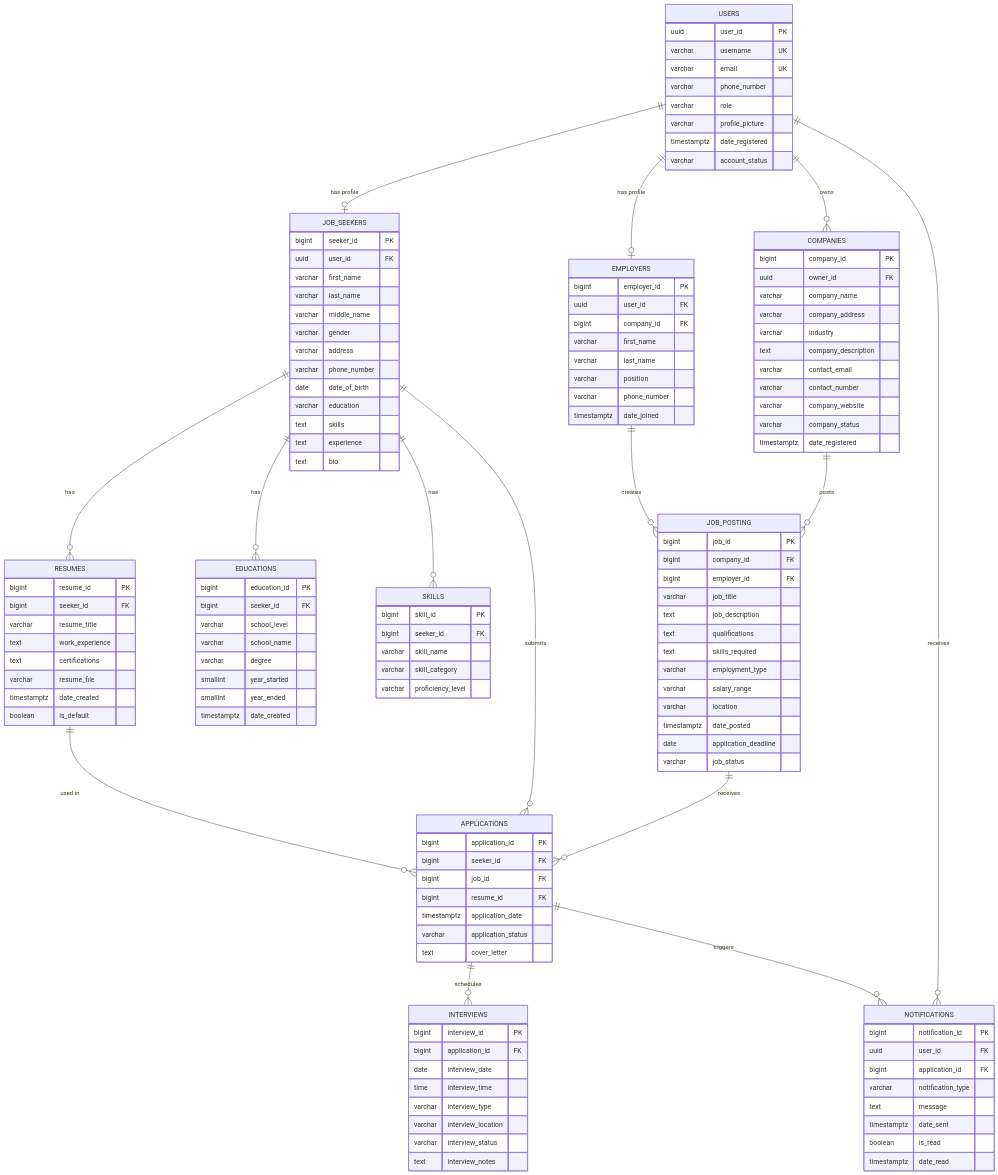
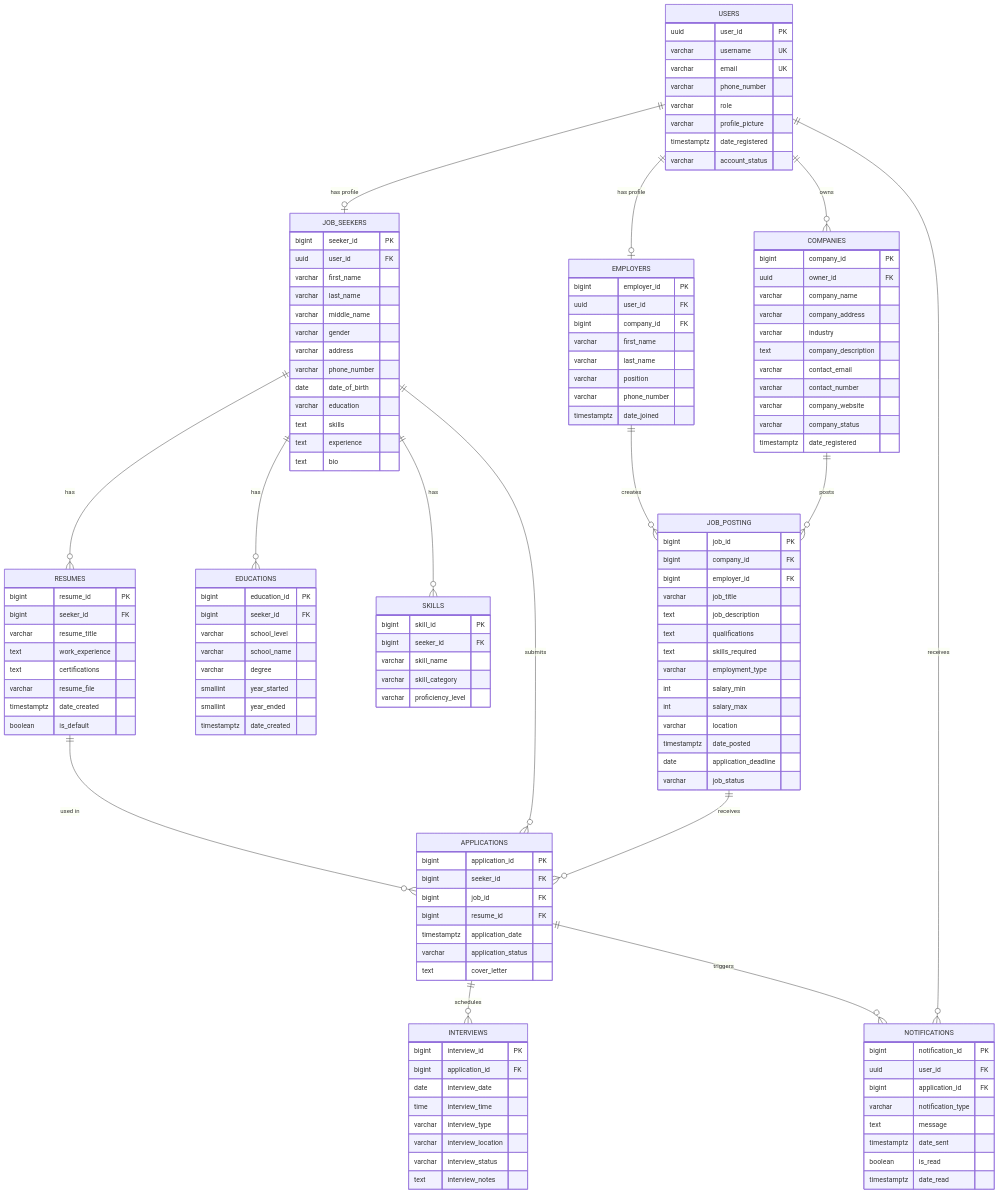
The diagram in docs/erd.mmd (sandaramangubat22/cuteko), drawn with Mermaid before and after one commit. The commit also changed 8 other files, not shown here.

```diff
--- a/docs/erd.mmd
+++ b/docs/erd.mmd
@@ -1,149 +1,150 @@
 erDiagram
     USERS ||--o| JOB_SEEKERS : "has profile"
     USERS ||--o| EMPLOYERS : "has profile"
     USERS ||--o{ COMPANIES : "owns"
     USERS ||--o{ NOTIFICATIONS : "receives"
 
     COMPANIES ||--o{ JOB_POSTING : "posts"
     EMPLOYERS ||--o{ JOB_POSTING : "creates"
 
     JOB_SEEKERS ||--o{ RESUMES : "has"
     JOB_SEEKERS ||--o{ EDUCATIONS : "has"
     JOB_SEEKERS ||--o{ SKILLS : "has"
     JOB_SEEKERS ||--o{ APPLICATIONS : "submits"
 
     JOB_POSTING ||--o{ APPLICATIONS : "receives"
     RESUMES ||--o{ APPLICATIONS : "used in"
 
     APPLICATIONS ||--o{ INTERVIEWS : "schedules"
     APPLICATIONS ||--o{ NOTIFICATIONS : "triggers"
 
     USERS {
         uuid user_id PK
         varchar username UK
         varchar email UK
         varchar phone_number
         varchar role
         varchar profile_picture
         timestamptz date_registered
         varchar account_status
     }
 
     COMPANIES {
         bigint company_id PK
         uuid owner_id FK
         varchar company_name
         varchar company_address
         varchar industry
         text company_description
         varchar contact_email
         varchar contact_number
         varchar company_website
         varchar company_status
         timestamptz date_registered
     }
 
     EMPLOYERS {
         bigint employer_id PK
         uuid user_id FK
         bigint company_id FK
         varchar first_name
         varchar last_name
         varchar position
         varchar phone_number
         timestamptz date_joined
     }
 
     JOB_SEEKERS {
         bigint seeker_id PK
         uuid user_id FK
         varchar first_name
         varchar last_name
         varchar middle_name
         varchar gender
         varchar address
         varchar phone_number
         date date_of_birth
         varchar education
         text skills
         text experience
         text bio
     }
 
     RESUMES {
         bigint resume_id PK
         bigint seeker_id FK
         varchar resume_title
         text work_experience
         text certifications
         varchar resume_file
         timestamptz date_created
         boolean is_default
     }
 
     EDUCATIONS {
         bigint education_id PK
         bigint seeker_id FK
         varchar school_level
         varchar school_name
         varchar degree
         smallint year_started
         smallint year_ended
         timestamptz date_created
     }
 
     SKILLS {
         bigint skill_id PK
         bigint seeker_id FK
         varchar skill_name
         varchar skill_category
         varchar proficiency_level
     }
 
     JOB_POSTING {
         bigint job_id PK
         bigint company_id FK
         bigint employer_id FK
         varchar job_title
         text job_description
         text qualifications
         text skills_required
         varchar employment_type
-        varchar salary_range
+        int salary_min
+        int salary_max
         varchar location
         timestamptz date_posted
         date application_deadline
         varchar job_status
     }
 
     APPLICATIONS {
         bigint application_id PK
         bigint seeker_id FK
         bigint job_id FK
         bigint resume_id FK
         timestamptz application_date
         varchar application_status
         text cover_letter
     }
 
     INTERVIEWS {
         bigint interview_id PK
         bigint application_id FK
         date interview_date
         time interview_time
         varchar interview_type
         varchar interview_location
         varchar interview_status
         text interview_notes
     }
 
     NOTIFICATIONS {
         bigint notification_id PK
         uuid user_id FK
         bigint application_id FK
         varchar notification_type
         text message
         timestamptz date_sent
         boolean is_read
         timestamptz date_read
     }
```
